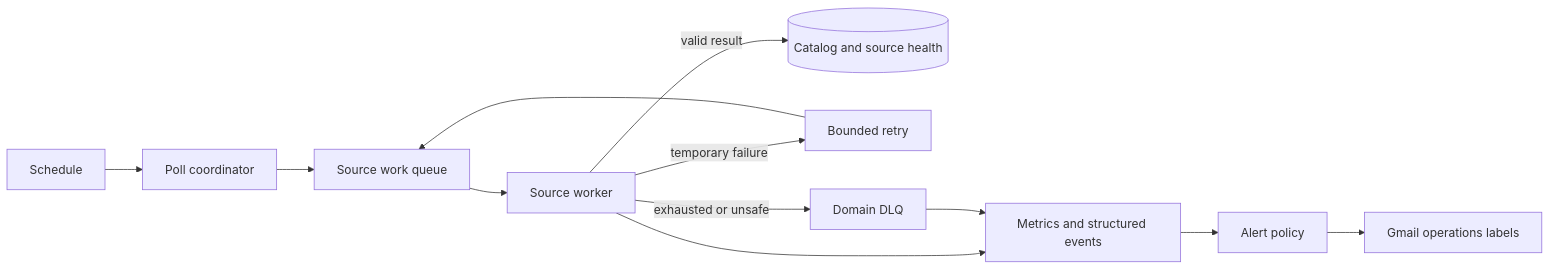
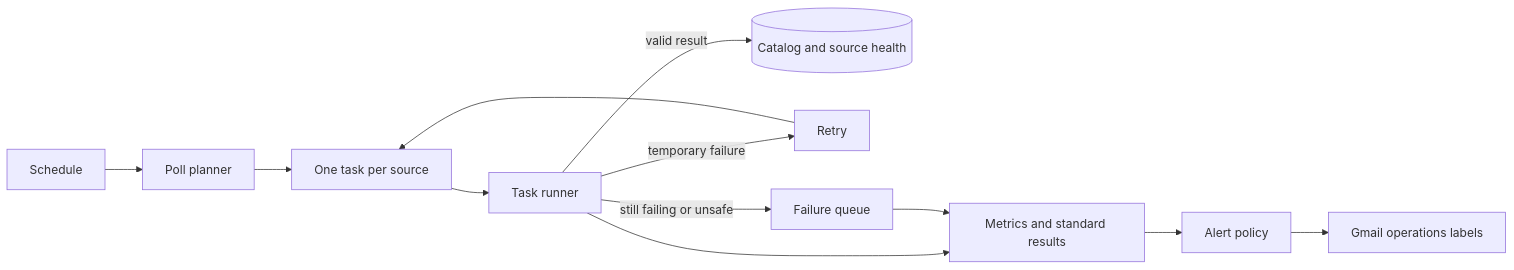
One commit to JDKrasnick/intern-notifs changed the diagram in docs/pipeline-reliability-plan.md. Above: the diagram before and after it, drawn with Mermaid. The commit also changed other lines of this file, not shown here.

````diff
--- a/docs/pipeline-reliability-plan.md
+++ b/docs/pipeline-reliability-plan.md
@@ -16,14 +22,14 @@
 ```mermaid
 flowchart LR
-    S[Schedule] --> C[Poll coordinator]
-    C --> Q[Source work queue]
-    Q --> W[Source worker]
+    S[Schedule] --> C[Poll planner]
+    C --> Q[One task per source]
+    Q --> W[Task runner]
     W -->|valid result| D[(Catalog and source health)]
-    W -->|temporary failure| R[Bounded retry]
+    W -->|temporary failure| R[Retry]
     R --> Q
-    W -->|exhausted or unsafe| LQ[Domain DLQ]
-    W --> M[Metrics and structured events]
+    W -->|still failing or unsafe| LQ[Failure queue]
+    W --> M[Metrics and standard results]
     LQ --> M
     M --> A[Alert policy]
     A --> G[Gmail operations labels]
 ```
````
